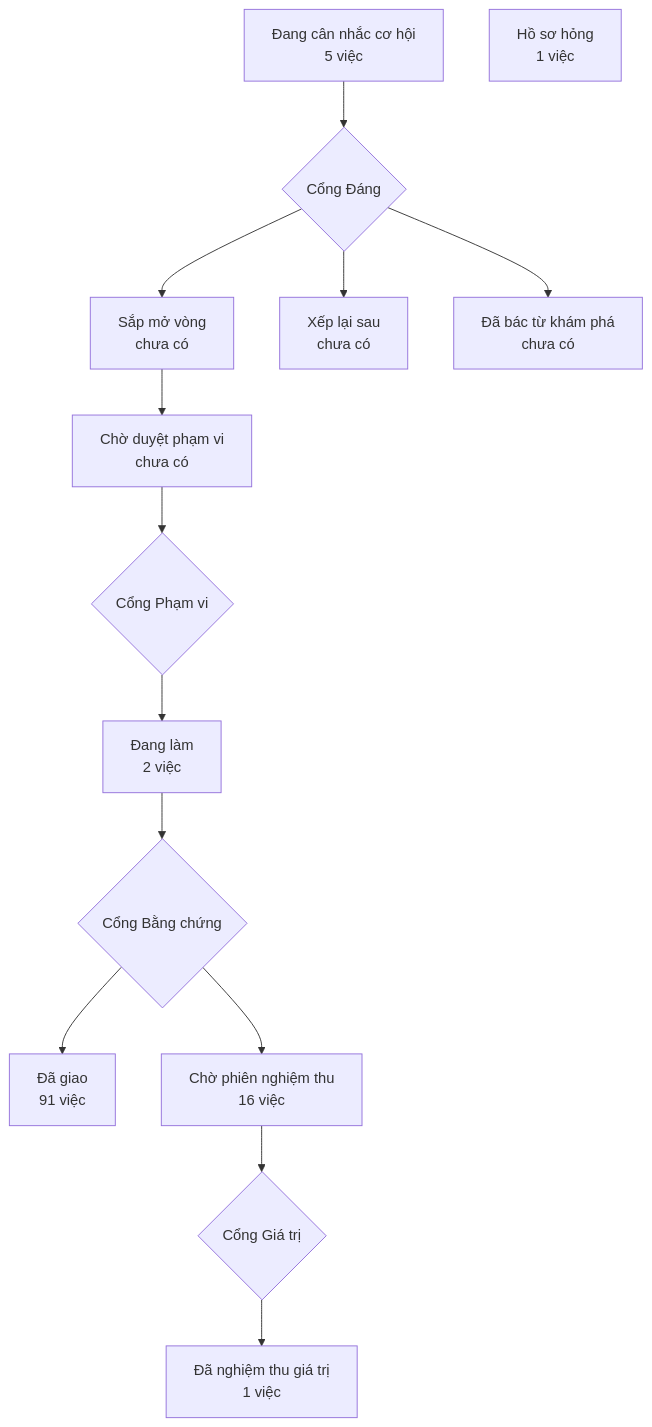
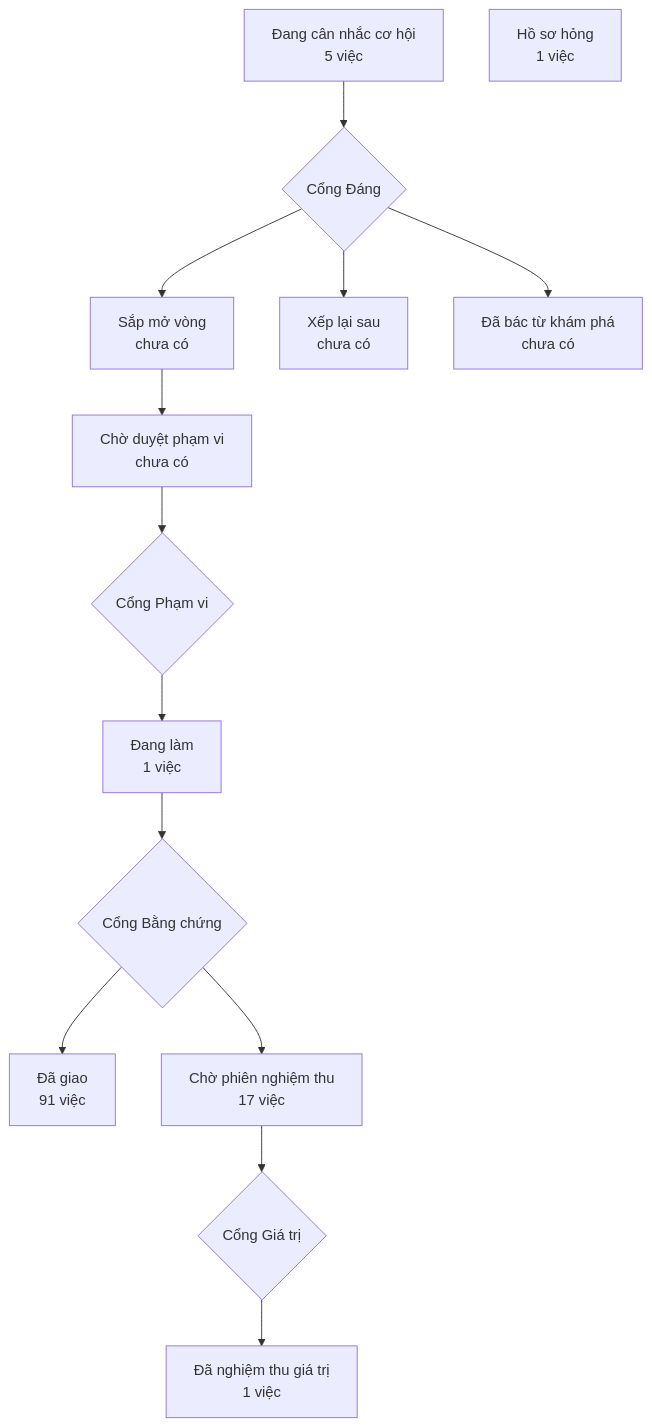
Before and after one commit to phanlemanh/crm-onehub: the diagram in PRODUCT-MAP.md, drawn with Mermaid. The commit also changed 3 other files, not shown here.

````diff
--- a/PRODUCT-MAP.md
+++ b/PRODUCT-MAP.md
@@ -6,13 +6,13 @@
 ```mermaid
 flowchart TD
   A["Đang cân nhắc cơ hội<br/>5 việc"] --> GD{"Cổng Đáng"}
   GD --> B["Sắp mở vòng<br/>chưa có"]
   GD --> XL["Xếp lại sau<br/>chưa có"]
   GD --> DB["Đã bác từ khám phá<br/>chưa có"]
   B --> CD["Chờ duyệt phạm vi<br/>chưa có"] --> GP{"Cổng Phạm vi"}
-  GP --> DL["Đang làm<br/>2 việc"] --> GB{"Cổng Bằng chứng"}
+  GP --> DL["Đang làm<br/>1 việc"] --> GB{"Cổng Bằng chứng"}
   GB --> DG["Đã giao<br/>91 việc"]
-  GB --> CN["Chờ phiên nghiệm thu<br/>16 việc"] --> GG{"Cổng Giá trị"}
+  GB --> CN["Chờ phiên nghiệm thu<br/>17 việc"] --> GG{"Cổng Giá trị"}
   GG --> NT["Đã nghiệm thu giá trị<br/>1 việc"]
   HS["Hồ sơ hỏng<br/>1 việc"]
 ```
````
